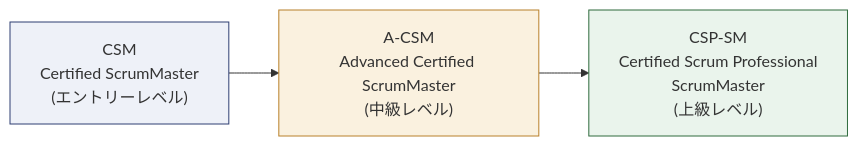
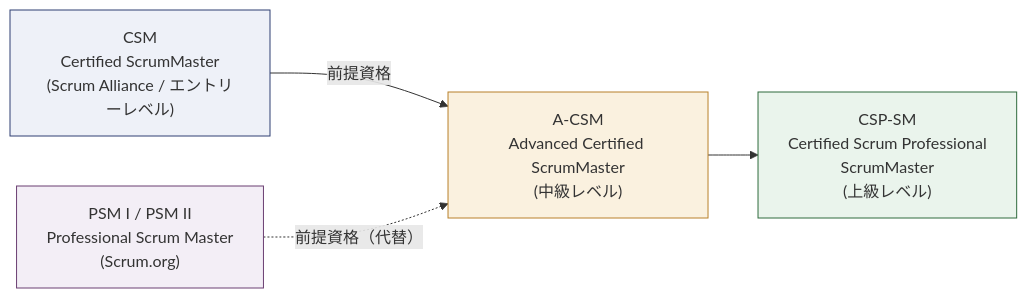
One commit to myoshi2891/Management-Team-Building-Studies changed the first of 23 diagrams in A-csm-advanced-certified-scrummaster-study-guide.md. Above: the diagram before and after it, drawn with Mermaid. The commit also changed other lines of this file, not shown here.

Commit message:
docs(a-csm): clarify prerequisite certifications with PSM alternatives

````diff
--- a/A-csm-advanced-certified-scrummaster-study-guide.md
+++ b/A-csm-advanced-certified-scrummaster-study-guide.md
@@ -50,9 +50,11 @@
 ```mermaid
 flowchart LR
-    A["CSM<br/>Certified ScrumMaster<br/>(エントリーレベル)"] --> B["A-CSM<br/>Advanced Certified ScrumMaster<br/>(中級レベル)"]
+    A["CSM<br/>Certified ScrumMaster<br/>(Scrum Alliance / エントリーレベル)"] -- 前提資格 --> B["A-CSM<br/>Advanced Certified ScrumMaster<br/>(中級レベル)"]
+    P["PSM I / PSM II<br/>Professional Scrum Master<br/>(Scrum.org)"] -. 前提資格（代替） .-> B
     B --> C["CSP-SM<br/>Certified Scrum Professional<br/>ScrumMaster<br/>(上級レベル)"]
 
     style A fill:#EEF1F8,stroke:#2E3F72
+    style P fill:#F3EEF6,stroke:#6B3F72
     style B fill:#FAF1DF,stroke:#B8802A
     style C fill:#EAF4EC,stroke:#2F6B3D
 ```
````
